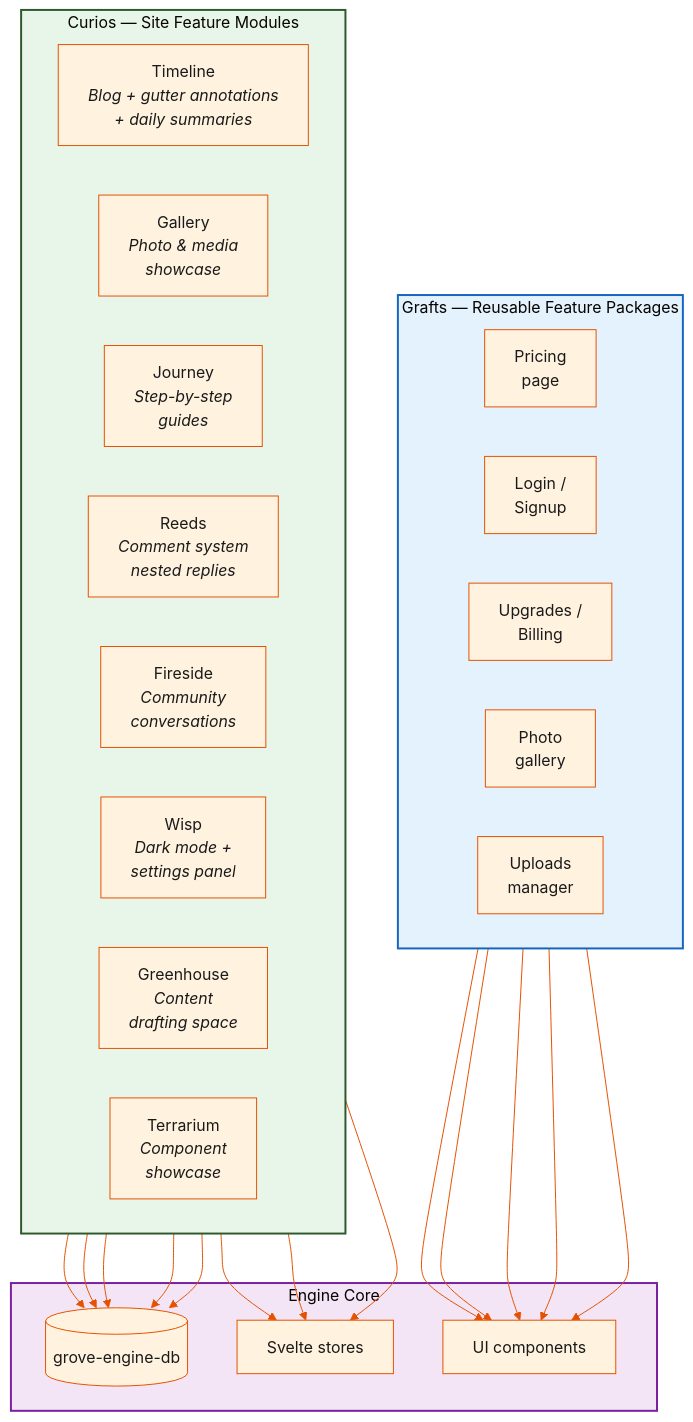
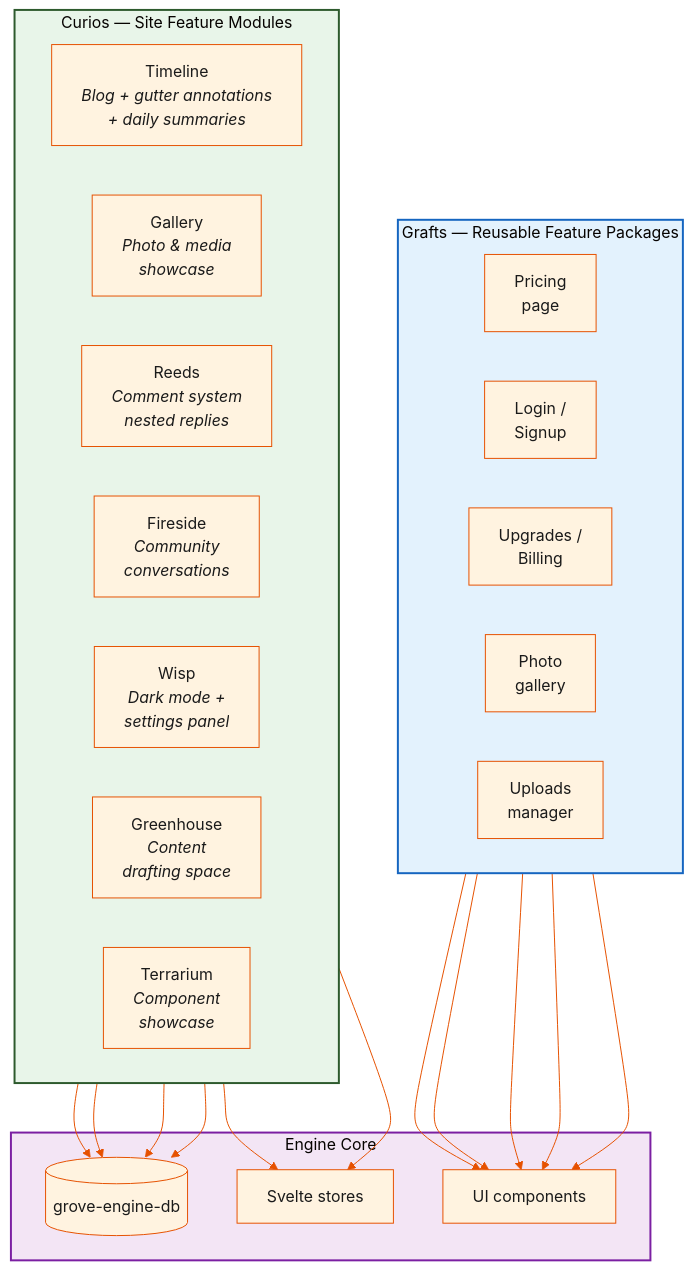
Diagram 12 of 14 in docs/developer/architecture/diagrams.md (AutumnsGrove/Lattice), drawn with Mermaid before and after one commit. The commit also changed other lines of this file and 1 other file, not shown here.

Commit message:
docs(curio): drop Journey from diagrams and guide
Found by a semantic-search sweep for Journey after the main removal:

- docs/developer/architecture/diagrams.md listed Journey in the Curios module
  tree and drew a JR node in the curios flowchart, wired into the DB and STORE
  edges. Node and edges go together so the diagram still renders. (Its caption
  said "step-by-step guides", which was never Journey anyway.)
- docs/guides/curios-developer-guide.md named journey as a developer curio and
  counted 22 modules; also claimed the barrel shares CLEAR_TOKEN_VALUE with
  journey and pulse, which only timeline does now.

Left alone as prose or landing-page references: plant's marketing copy, the
readability fixtures, the prism preset comment, heartwood's "authentication
journey", and everything under /journey on the landing site.

````diff
--- a/docs/developer/architecture/diagrams.md
+++ b/docs/developer/architecture/diagrams.md
@@ -656,38 +655,37 @@
 ```mermaid
 %%{init: {'theme': 'base', 'themeVariables': {'primaryColor': '#fff3e0', 'primaryTextColor': '#1a1a1a', 'primaryBorderColor': '#e65100', 'lineColor': '#e65100', 'background': '#ffffff'}}}%%
 flowchart TB
     subgraph curios["Curios — Site Feature Modules"]
         direction LR
         TL["Timeline<br/><i>Blog + gutter annotations<br/>+ daily summaries</i>"]
         GL["Gallery<br/><i>Photo & media<br/>showcase</i>"]
-        JR["Journey<br/><i>Step-by-step<br/>guides</i>"]
         RD["Reeds<br/><i>Comment system<br/>nested replies</i>"]
         FS["Fireside<br/><i>Community<br/>conversations</i>"]
         WP["Wisp<br/><i>Dark mode +<br/>settings panel</i>"]
         GH["Greenhouse<br/><i>Content<br/>drafting space</i>"]
         TR["Terrarium<br/><i>Component<br/>showcase</i>"]
     end
 
     subgraph grafts["Grafts — Reusable Feature Packages"]
         direction LR
         GP["Pricing<br/>page"]
         GN["Login /<br/>Signup"]
         GU["Upgrades /<br/>Billing"]
         GPH["Photo<br/>gallery"]
         GUP["Uploads<br/>manager"]
     end
 
     subgraph engine["Engine Core"]
         DB[("grove-engine-db")]
         STORE["Svelte stores"]
         COMP["UI components"]
     end
 
-    TL & GL & JR & RD & FS --> DB
-    TL & GL & JR --> STORE
+    TL & GL & RD & FS --> DB
+    TL & GL --> STORE
     GP & GN & GU & GPH & GUP --> COMP
 
     style curios fill:#e8f5e9,stroke:#2d5a2d,stroke-width:2px
     style grafts fill:#e3f2fd,stroke:#1565c0,stroke-width:2px
     style engine fill:#f3e5f5,stroke:#7b1fa2,stroke-width:2px
 ```
````
